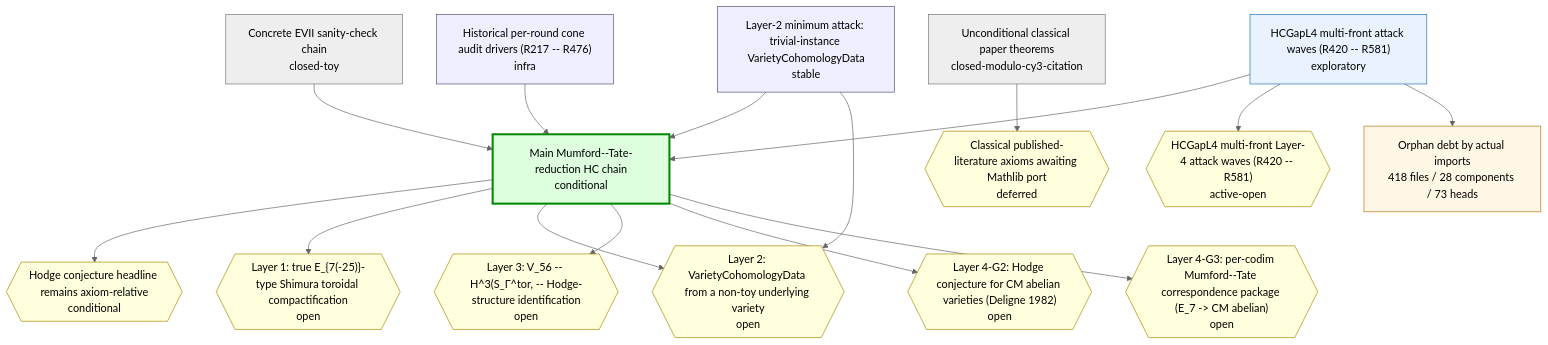
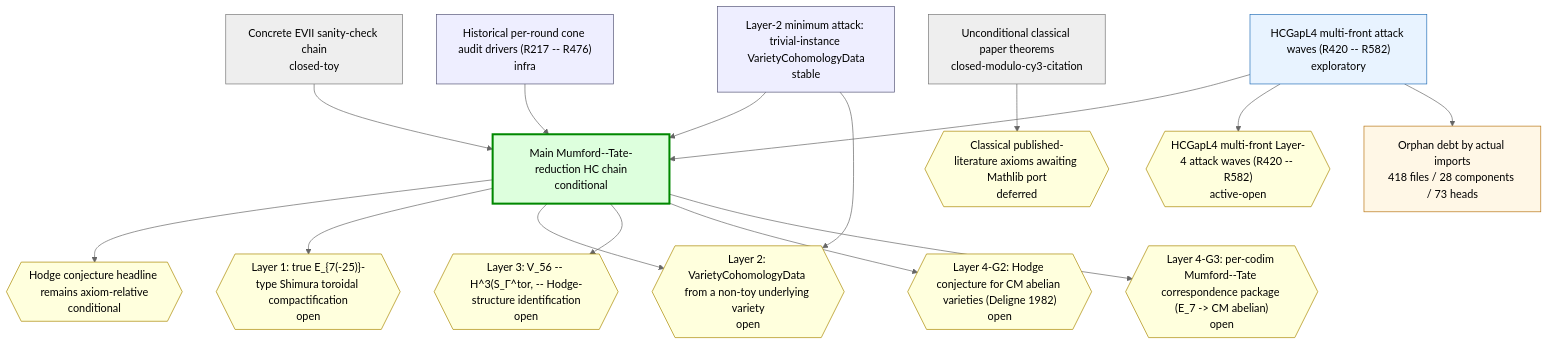
The first of 2 diagrams in chain-status/research-map.md (crabsatellite/hodge-conjecture-lean4-formalization), drawn with Mermaid (neutral theme) before and after one commit. The commit also changed other lines of this file and 7 other files, not shown here.

````diff
--- a/chain-status/research-map.md
+++ b/chain-status/research-map.md
@@ -45,44 +45,44 @@
 ```mermaid
 graph TD
   classDef main fill:#dfd,stroke:#080,stroke-width:3px
   classDef active fill:#e8f3ff,stroke:#2670b8
   classDef support fill:#eef,stroke:#557
   classDef closed fill:#eee,stroke:#777
   classDef dead fill:#fdd,stroke:#a00,stroke-width:2px
   classDef gapOpen fill:#ffd,stroke:#a80
   classDef gapClosed fill:#eee,stroke:#777
   classDef gapDead fill:#fdd,stroke:#a00
   classDef debt fill:#fff7e6,stroke:#b87514
   classDef debtTaxonomy fill:#e8f3ff,stroke:#2670b8,stroke-dasharray:3 3
   classDef debtRule fill:#eefbea,stroke:#398439,stroke-dasharray:3 3
   classDef debtDead fill:#fdd,stroke:#a00,stroke-dasharray:3 3
   chain_main_hc_axiom_relative["Main Mumford--Tate-reduction HC chain\nconditional"]:::main
   chain_unconditional_classical["Unconditional classical paper theorems\nclosed-modulo-cy3-citation"]:::closed
   chain_hcgap_l2_trivial_instances["Layer-2 minimum attack: trivial-instance VarietyCohomologyData\nstable"]:::support
-  chain_hcgap_l4_multifront_active["HCGapL4 multi-front attack waves (R420 -- R581)\nexploratory"]:::active
+  chain_hcgap_l4_multifront_active["HCGapL4 multi-front attack waves (R420 -- R582)\nexploratory"]:::active
   chain_concrete_evii_toy["Concrete EVII sanity-check chain\nclosed-toy"]:::closed
   chain_historical_cone_audits["Historical per-round cone audit drivers (R217 -- R476)\ninfra"]:::support
   gap_G_main_hc{{"Hodge conjecture headline remains axiom-relative\nconditional"}}:::gapOpen
   gap_G_l1_e7_shimura_tor{{"Layer 1: true E_{7(-25)}-type Shimura toroidal compactification\nopen"}}:::gapOpen
   gap_G_l2_cohomology_construction{{"Layer 2: VarietyCohomologyData from a non-toy underlying variety\nopen"}}:::gapOpen
   gap_G_l3_v56_mt_identification{{"Layer 3: V_56 -- H^3(S_Γ^tor, -- Hodge-structure identification\nopen"}}:::gapOpen
   gap_G_l4_cm_abelian_hc{{"Layer 4-G2: Hodge conjecture for CM abelian varieties (Deligne 1982)\nopen"}}:::gapOpen
   gap_G_l4_mt_correspondence{{"Layer 4-G3: per-codim Mumford--Tate correspondence package (E_7 -> CM abelian)\nopen"}}:::gapOpen
   gap_G_classical_mathlib_port{{"Classical published-literature axioms awaiting Mathlib port\ndeferred"}}:::gapOpen
-  gap_G_hcgap_l4_multifront{{"HCGapL4 multi-front Layer-4 attack waves (R420 -- R581)\nactive-open"}}:::gapOpen
+  gap_G_hcgap_l4_multifront{{"HCGapL4 multi-front Layer-4 attack waves (R420 -- R582)\nactive-open"}}:::gapOpen
   chain_main_hc_axiom_relative --> gap_G_main_hc
   chain_main_hc_axiom_relative --> gap_G_l1_e7_shimura_tor
   chain_main_hc_axiom_relative --> gap_G_l2_cohomology_construction
   chain_main_hc_axiom_relative --> gap_G_l3_v56_mt_identification
   chain_main_hc_axiom_relative --> gap_G_l4_cm_abelian_hc
   chain_main_hc_axiom_relative --> gap_G_l4_mt_correspondence
   chain_unconditional_classical --> gap_G_classical_mathlib_port
   chain_hcgap_l2_trivial_instances --> chain_main_hc_axiom_relative
   chain_hcgap_l2_trivial_instances --> gap_G_l2_cohomology_construction
   chain_hcgap_l4_multifront_active --> chain_main_hc_axiom_relative
   chain_hcgap_l4_multifront_active --> gap_G_hcgap_l4_multifront
   chain_concrete_evii_toy --> chain_main_hc_axiom_relative
   chain_historical_cone_audits --> chain_main_hc_axiom_relative
   debt_all["Orphan debt by actual imports\n418 files / 28 components / 73 heads"]:::debt
   chain_hcgap_l4_multifront_active --> debt_all
 ```
````
